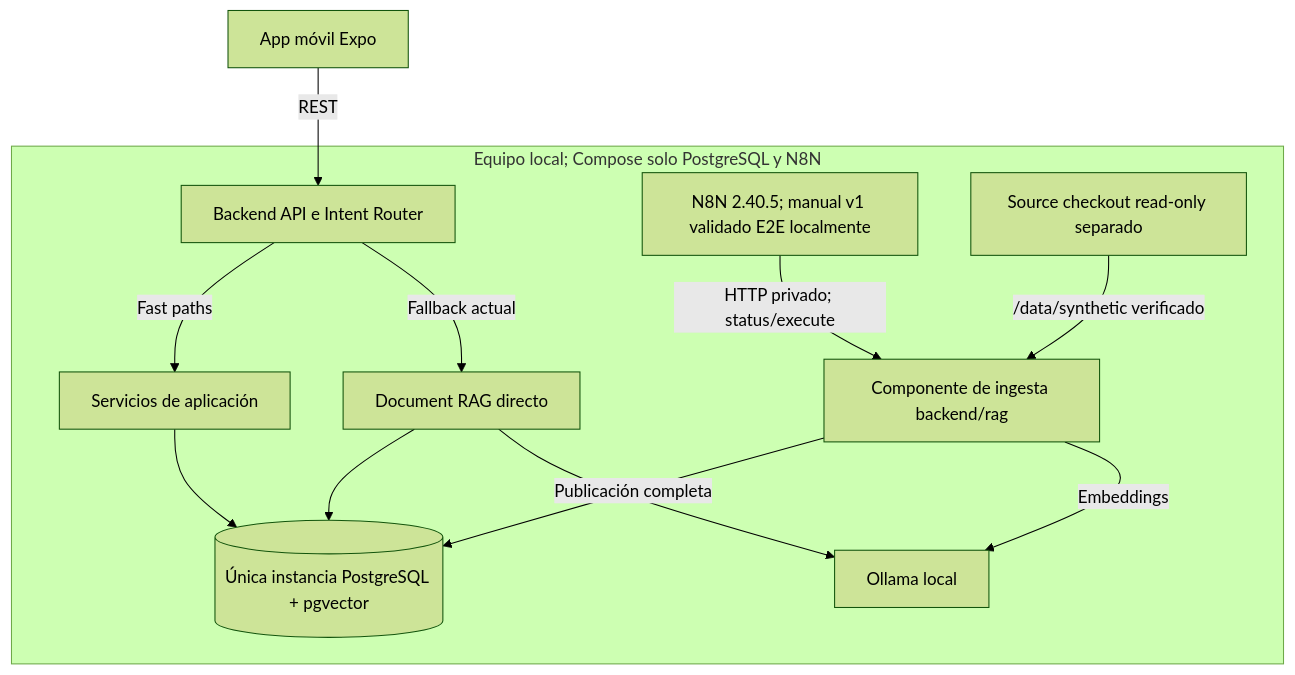
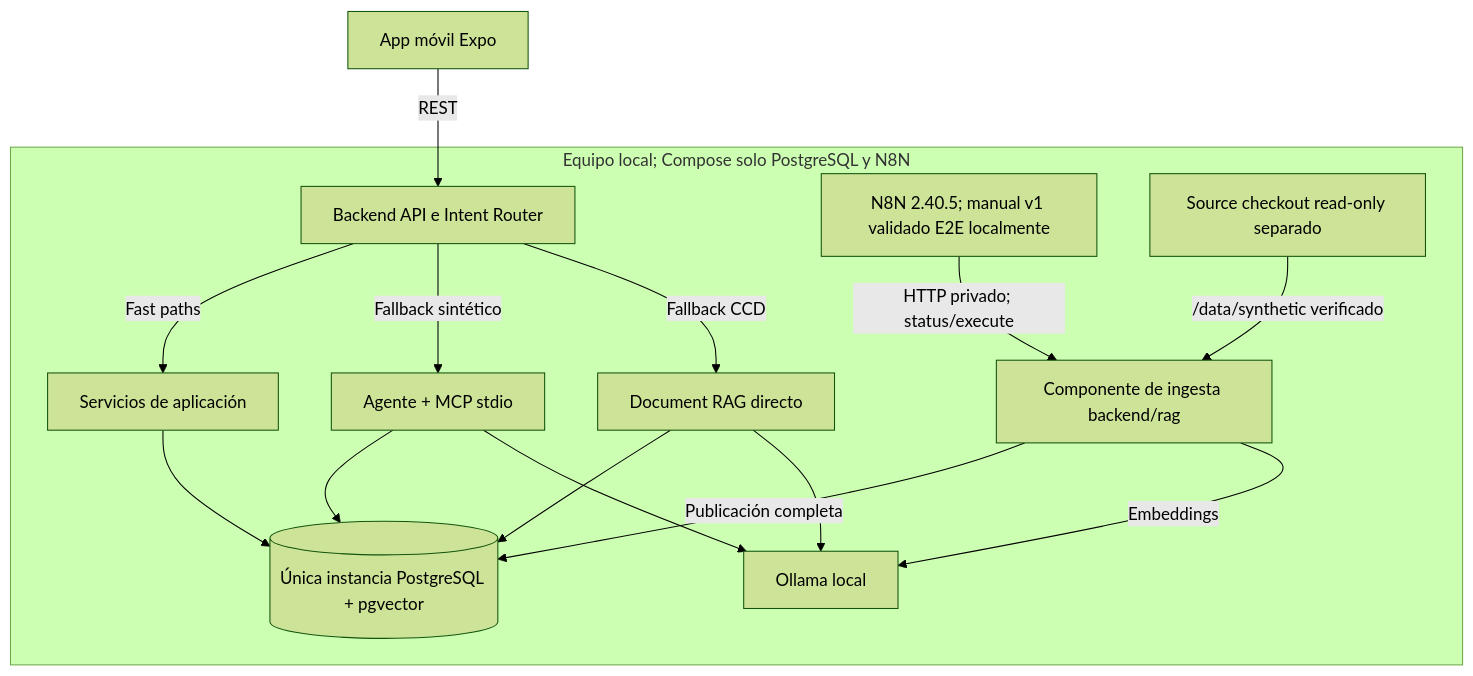
Before and after one commit to XeyKG/BanuChat_: the fourth of 4 diagrams in docs/arquitectura.md, drawn with Mermaid (forest theme). The commit also changed other lines of this file and 11 other files, not shown here.

First line of the commit message:
Integra agente MCP acotado en fallback sintético

````diff
--- a/docs/arquitectura.md
+++ b/docs/arquitectura.md
@@ -205,15 +212,18 @@
 ```mermaid
 flowchart TB
     M["App móvil Expo"] -->|"REST"| B["Backend API e Intent Router"]
     subgraph LOCAL["Equipo local; Compose solo PostgreSQL y N8N"]
         B -->|"Fast paths"| S["Servicios de aplicación"]
-        B -->|"Fallback actual"| R["Document RAG directo"]
+        B -->|"Fallback sintético"| A["Agente + MCP stdio"]
+        B -->|"Fallback CCD"| R["Document RAG directo"]
+        A --> P
+        A --> O
         R --> P
         R --> O
         S --> P[("Única instancia PostgreSQL + pgvector")]
         N["N8N 2.40.5; manual v1 validado E2E localmente"] -->|"HTTP privado; status/execute"| I["Componente de ingesta backend/rag"]
         I -->|"Publicación completa"| P
         I -->|"Embeddings"| O["Ollama local"]
         D["Source checkout read-only separado"] -->|"/data/synthetic verificado"| I
     end
 ```
````
